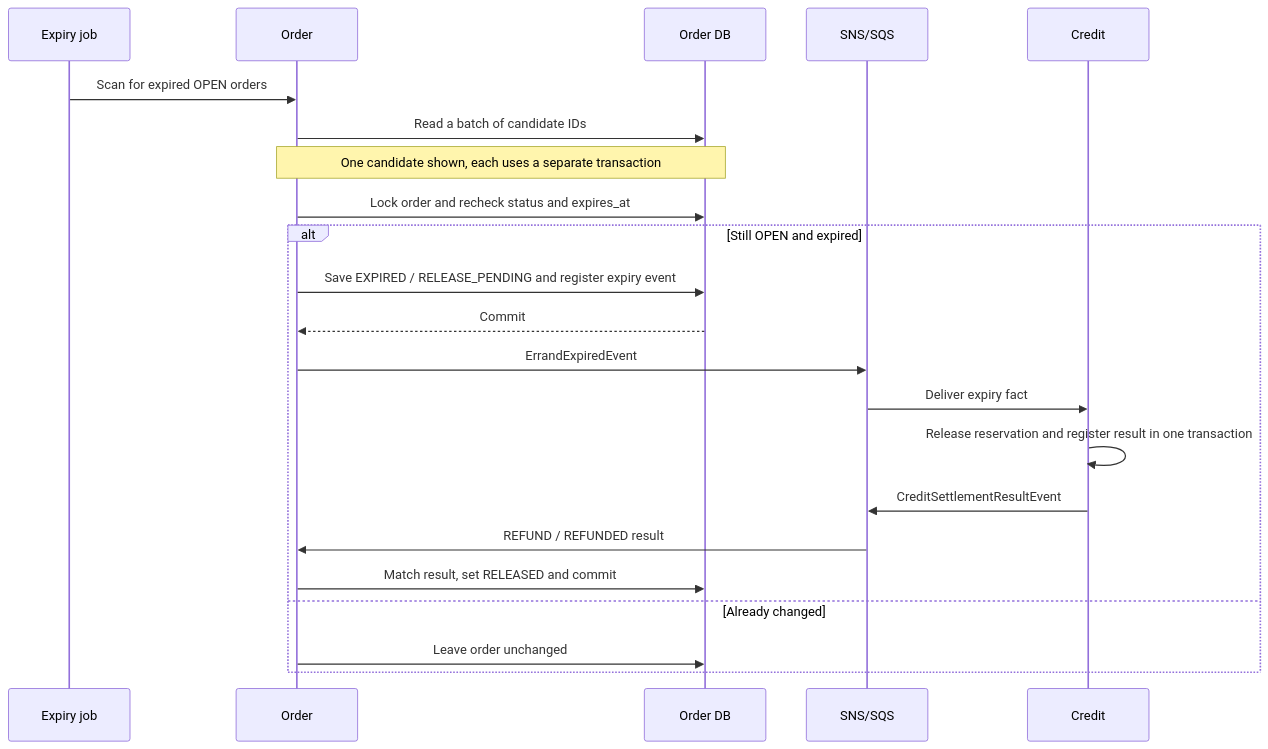
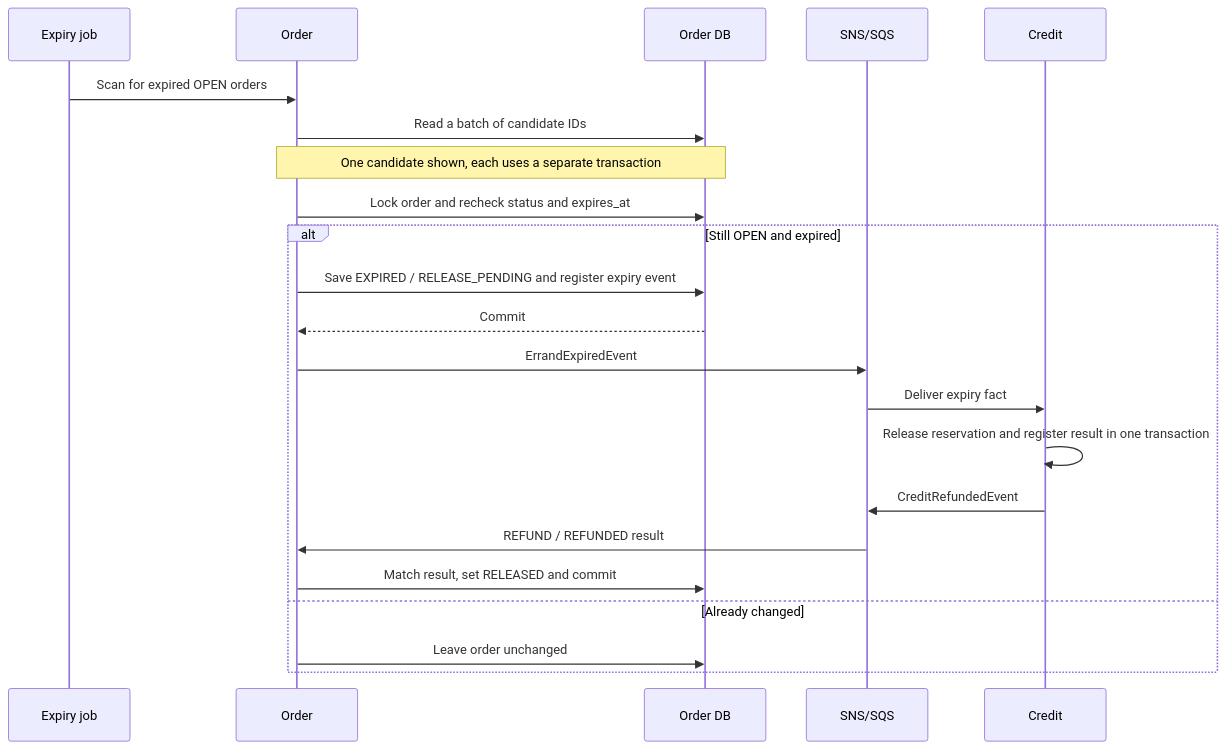
One commit to AY2627S1-CS3219-P24/FoC changed the eighth of 16 diagrams in order-service/README.md. Above: the diagram before and after it, drawn with Mermaid. The commit also changed other lines of this file and 43 other files, not shown here.

Commit message:
refactor: separate payment and refund event flows

````diff
--- a/order-service/README.md
+++ b/order-service/README.md
@@ -247,24 +247,24 @@
 ```mermaid
 sequenceDiagram
     participant Job as Expiry job
     participant Order
     participant DB as Order DB
     participant MQ as SNS/SQS
     participant Credit
     Job->>Order: Scan for expired OPEN orders
     Order->>DB: Read a batch of candidate IDs
     Note over Order,DB: One candidate shown, each uses a separate transaction
     Order->>DB: Lock order and recheck status and expires_at
     alt Still OPEN and expired
         Order->>DB: Save EXPIRED / RELEASE_PENDING and register expiry event
         DB-->>Order: Commit
         Order->>MQ: ErrandExpiredEvent
         MQ->>Credit: Deliver expiry fact
         Credit->>Credit: Release reservation and register result in one transaction
-        Credit->>MQ: CreditSettlementResultEvent
+        Credit->>MQ: CreditRefundedEvent
         MQ->>Order: REFUND / REFUNDED result
         Order->>DB: Match result, set RELEASED and commit
     else Already changed
         Order->>DB: Leave order unchanged
     end
 ```
````
